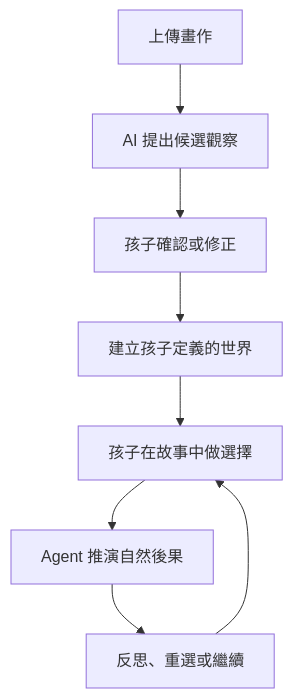
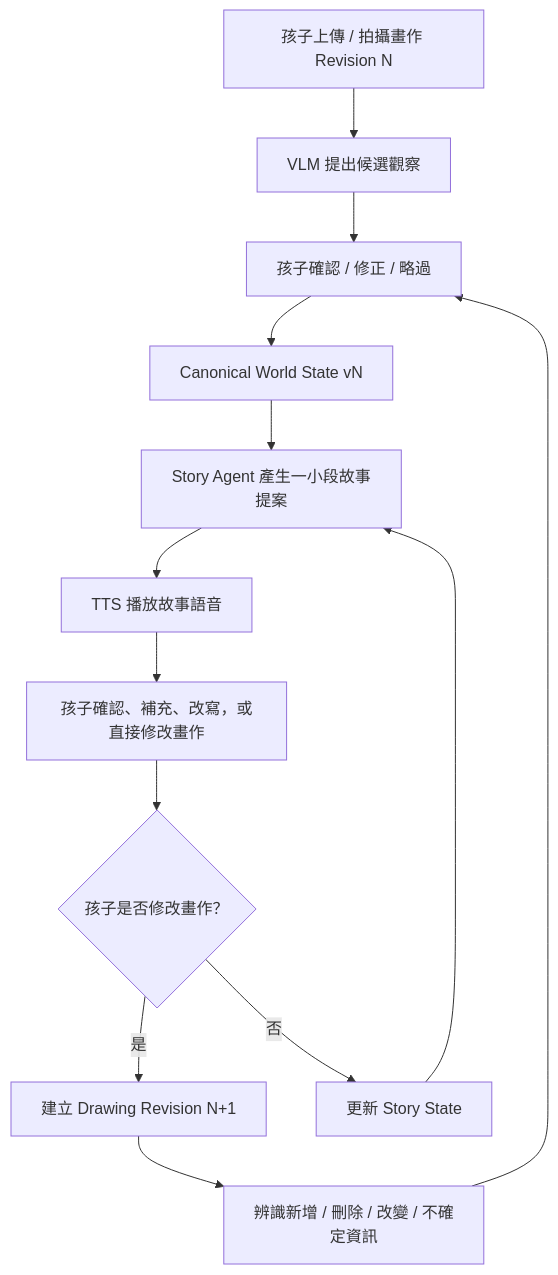
The first of 2 diagrams in README.md (Lilian0414/child), drawn with Mermaid before and after one commit. The commit also changed other lines of this file, not shown here.

````diff
--- a/README.md
+++ b/README.md
@@ -9,10 +11,15 @@
 ```mermaid
 flowchart TD
-    A["上傳畫作"] --> B["AI 提出候選觀察"]
-    B --> C["孩子確認或修正"]
-    C --> D["建立孩子定義的世界"]
-    D --> E["孩子在故事中做選擇"]
-    E --> F["Agent 推演自然後果"]
-    F --> G["反思、重選或繼續"]
-    G --> E
+    A["孩子上傳 / 拍攝畫作 Revision N"] --> B["VLM 提出候選觀察"]
+    B --> C["孩子確認 / 修正 / 略過"]
+    C --> D["Canonical World State vN"]
+    D --> E["Story Agent 產生一小段故事提案"]
+    E --> F["TTS 播放故事語音"]
+    F --> G["孩子確認、補充、改寫，或直接修改畫作"]
+    G --> H{"孩子是否修改畫作？"}
+    H -- "是" --> I["建立 Drawing Revision N+1"]
+    I --> J["辨識新增 / 刪除 / 改變 / 不確定資訊"]
+    J --> C
+    H -- "否" --> K["更新 Story State"]
+    K --> E
 ```
````
